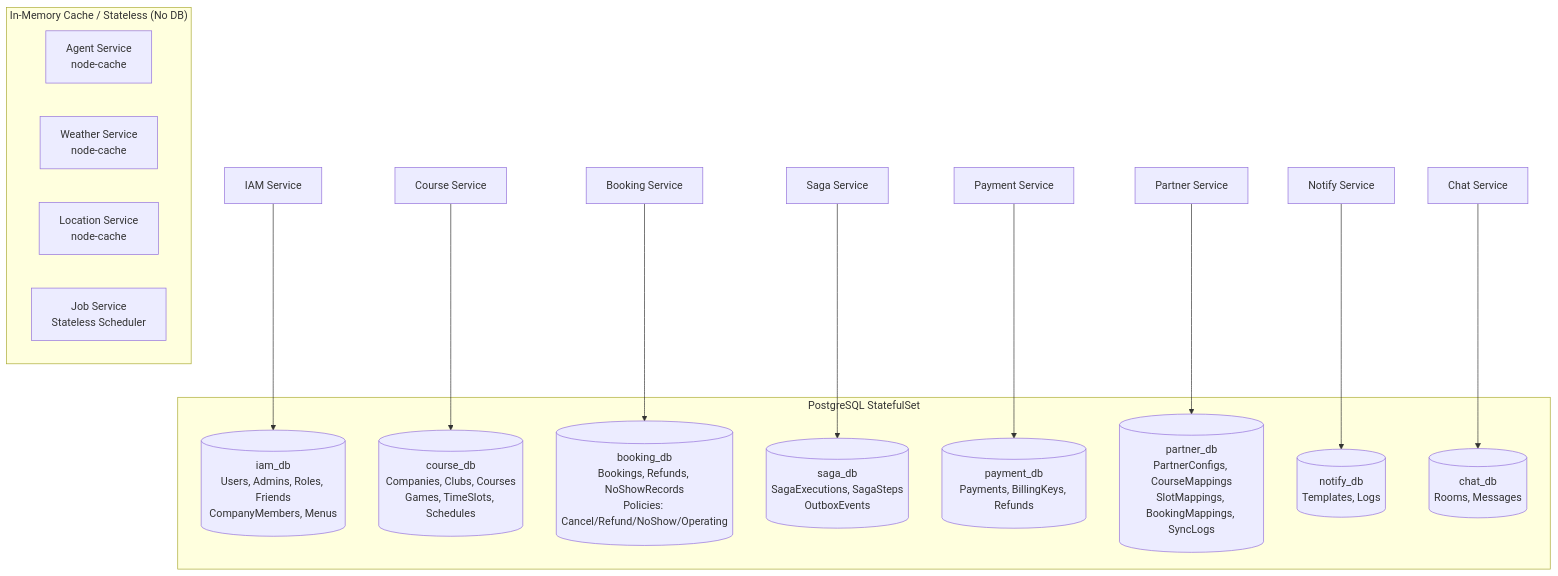
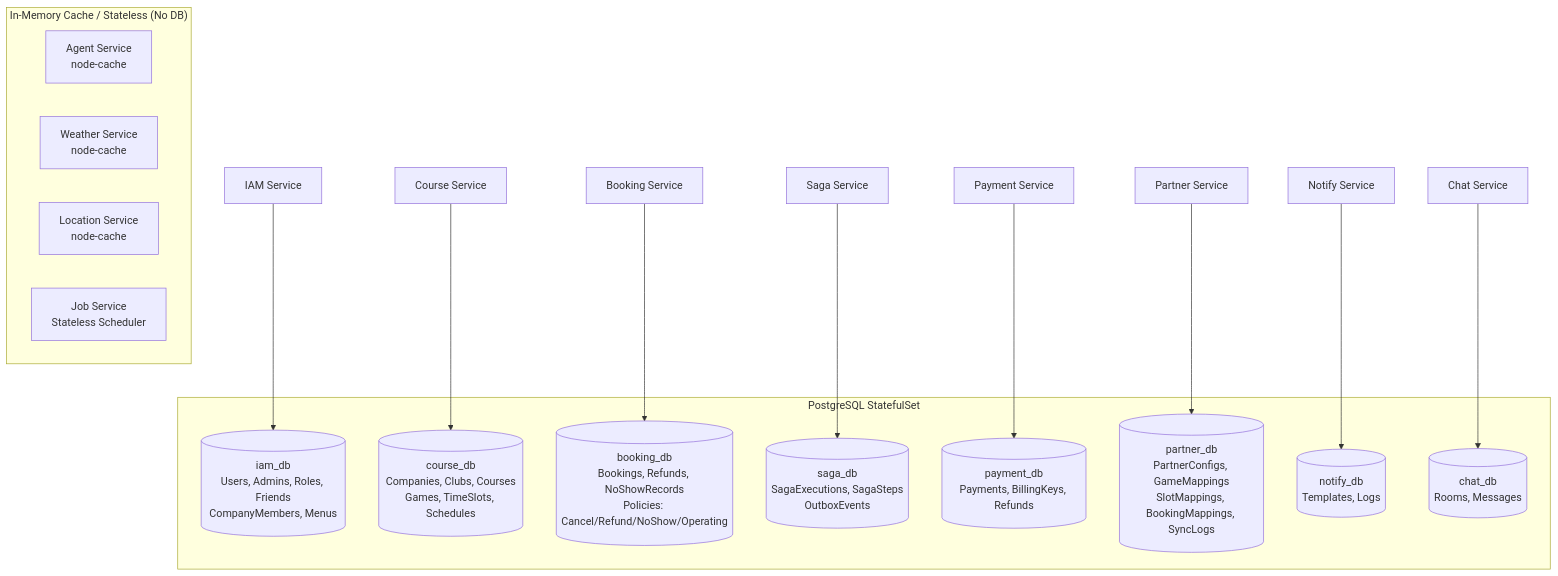
The fourth of 6 diagrams in docs/architecture/SYSTEM.md (uniyous/parkgolf-platform), drawn with Mermaid before and after one commit. The commit also changed other lines of this file and 42 other files, not shown here.

````diff
--- a/docs/architecture/SYSTEM.md
+++ b/docs/architecture/SYSTEM.md
@@ -754,29 +754,29 @@
 ```mermaid
 graph TD
     subgraph "PostgreSQL StatefulSet"
         IAM_DB[(iam_db<br/>Users, Admins, Roles, Friends<br/>CompanyMembers, Menus)]
         COURSE_DB[(course_db<br/>Companies, Clubs, Courses<br/>Games, TimeSlots, Schedules)]
         BOOKING_DB[(booking_db<br/>Bookings, Refunds, NoShowRecords<br/>Policies: Cancel/Refund/NoShow/Operating)]
         SAGA_DB[(saga_db<br/>SagaExecutions, SagaSteps<br/>OutboxEvents)]
         PAYMENT_DB[(payment_db<br/>Payments, BillingKeys, Refunds)]
-        PARTNER_DB[(partner_db<br/>PartnerConfigs, CourseMappings<br/>SlotMappings, BookingMappings, SyncLogs)]
+        PARTNER_DB[(partner_db<br/>PartnerConfigs, GameMappings<br/>SlotMappings, BookingMappings, SyncLogs)]
         NOTIFY_DB[(notify_db<br/>Templates, Logs)]
         CHAT_DB[(chat_db<br/>Rooms, Messages)]
     end
 
     IAM[IAM Service] --> IAM_DB
     COURSE[Course Service] --> COURSE_DB
     BOOK[Booking Service] --> BOOKING_DB
     SAGA[Saga Service] --> SAGA_DB
     PAY[Payment Service] --> PAYMENT_DB
     PARTNER[Partner Service] --> PARTNER_DB
     NOTIFY[Notify Service] --> NOTIFY_DB
     CHAT[Chat Service] --> CHAT_DB
 
     subgraph "In-Memory Cache / Stateless (No DB)"
         AGENT[Agent Service<br/>node-cache]
         WEATHER[Weather Service<br/>node-cache]
         LOCATION[Location Service<br/>node-cache]
         JOB[Job Service<br/>Stateless Scheduler]
     end
 ```
````
